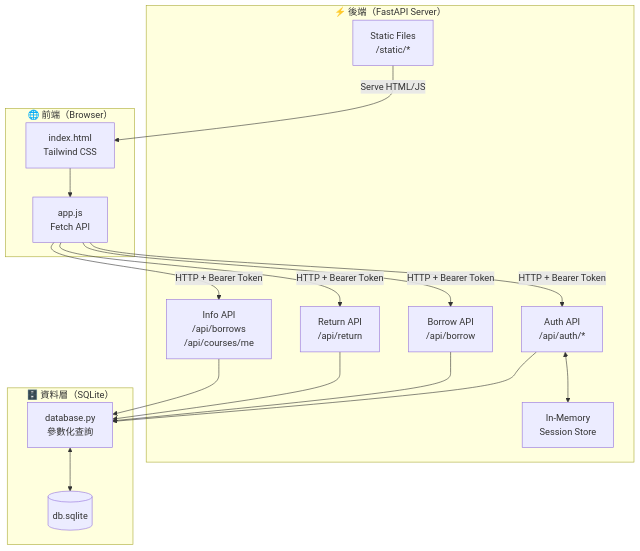
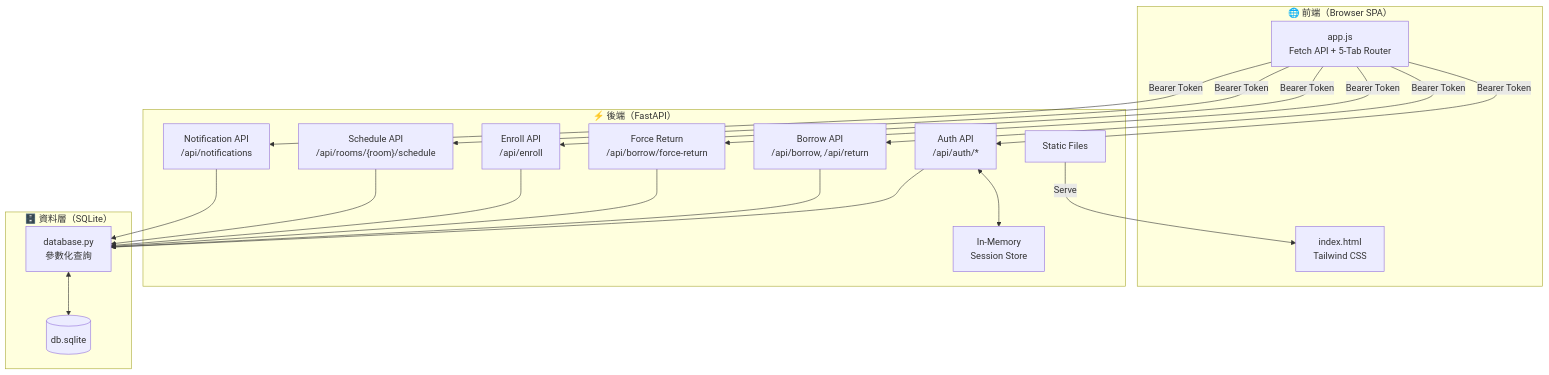
The first of 3 diagrams in README.md (k0341055/BorrowRoom), drawn with Mermaid before and after one commit. The commit also changed other lines of this file and 7 other files, not shown here.

First line of the commit message:
feat: expand to 學生個人管理系統 with enrollment, Gantt & notifications

````diff
--- a/README.md
+++ b/README.md
@@ -18,34 +42,29 @@
 ```mermaid
 graph TB
-    subgraph Client["🌐 前端（Browser）"]
+    subgraph Client["🌐 前端（Browser SPA）"]
         HTML["index.html<br/>Tailwind CSS"]
-        JS["app.js<br/>Fetch API"]
+        JS["app.js<br/>Fetch API + 5-Tab Router"]
     end
 
-    subgraph Server["⚡ 後端（FastAPI Server）"]
+    subgraph Server["⚡ 後端（FastAPI）"]
         Auth["Auth API<br/>/api/auth/*"]
-        Borrow["Borrow API<br/>/api/borrow"]
-        Return["Return API<br/>/api/return"]
-        Info["Info API<br/>/api/borrows<br/>/api/courses/me"]
-        Static["Static Files<br/>/static/*"]
+        Borrow["Borrow API<br/>/api/borrow, /api/return"]
+        ForceR["Force Return<br/>/api/borrow/force-return"]
+        Enroll["Enroll API<br/>/api/enroll"]
+        Gantt["Schedule API<br/>/api/rooms/{room}/schedule"]
+        Notif["Notification API<br/>/api/notifications"]
+        Static["Static Files"]
         Session["In-Memory<br/>Session Store"]
     end
 
     subgraph DB["🗄️ 資料層（SQLite）"]
-        database["database.py<br/>參數化查詢"]
+        dao["database.py<br/>參數化查詢"]
         sqlite[("db.sqlite")]
     end
 
-    HTML --> JS
-    JS -->|"HTTP + Bearer Token"| Auth
-    JS -->|"HTTP + Bearer Token"| Borrow
-    JS -->|"HTTP + Bearer Token"| Return
-    JS -->|"HTTP + Bearer Token"| Info
+    JS -->|"Bearer Token"| Auth & Borrow & ForceR & Enroll & Gantt & Notif
     Auth <--> Session
-    Auth --> database
-    Borrow --> database
-    Return --> database
-    Info --> database
-    database <--> sqlite
-    Static -->|"Serve HTML/JS"| HTML
+    Auth & Borrow & ForceR & Enroll & Gantt & Notif --> dao
+    dao <--> sqlite
+    Static -->|"Serve"| HTML
 ```
````
